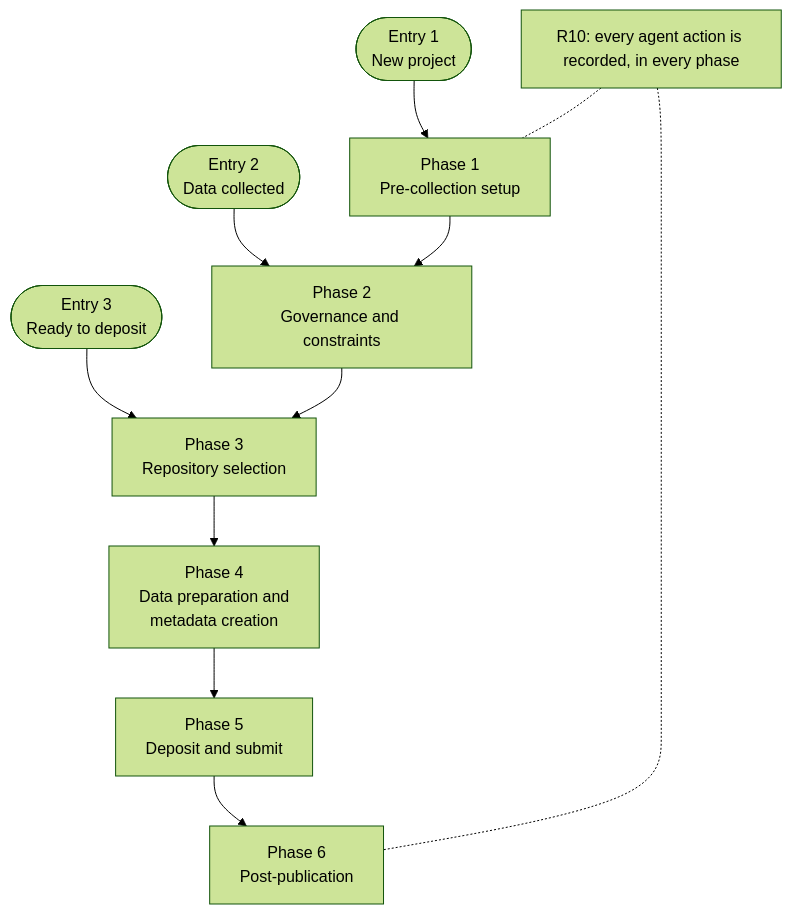
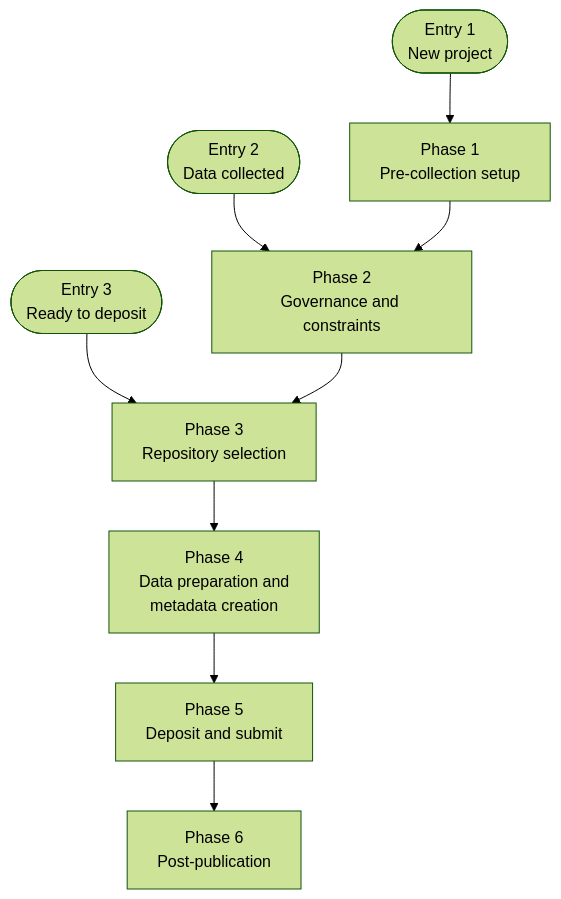
The diagram in docs/guide/user-guide/workflow.md (data-director-agent/data-director), drawn with Mermaid (forest theme) before and after one commit. The commit also changed other lines of this file and 3 other files, not shown here.

````diff
--- a/docs/guide/user-guide/workflow.md
+++ b/docs/guide/user-guide/workflow.md
@@ -30,14 +30,12 @@
 ```mermaid
 flowchart TD
     E1(["Entry 1<br/>New project"]) --> P1
     E2(["Entry 2<br/>Data collected"]) --> P2
     E3(["Entry 3<br/>Ready to deposit"]) --> P3
     P1["Phase 1<br/>Pre-collection setup"] --> P2
     P2["Phase 2<br/>Governance and constraints"] --> P3
     P3["Phase 3<br/>Repository selection"] --> P4
     P4["Phase 4<br/>Data preparation and<br/>metadata creation"] --> P5
     P5["Phase 5<br/>Deposit and submit"] --> P6
     P6["Phase 6<br/>Post-publication"]
-    R10["R10: every agent action is recorded, in every phase"] -.- P1
-    R10 -.- P6
 ```
````
